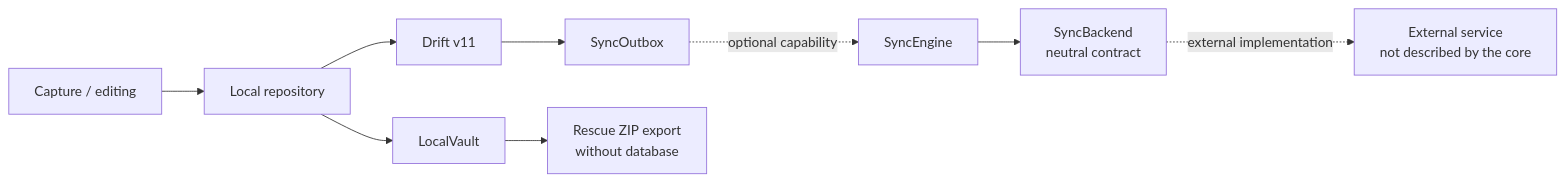
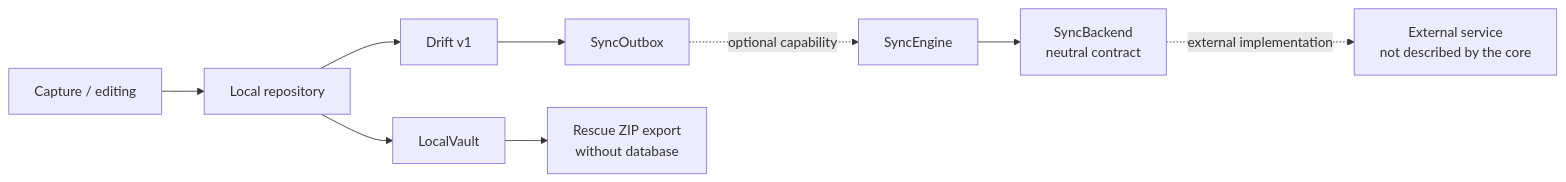
Before and after one commit to KooliFab/artkiddo: the first of 3 diagrams in docs/architecture/data-flows.md, drawn with Mermaid. The commit also changed other lines of this file and 80 other files, not shown here.

First line of the commit message:
refactor(core)!: adopt family/artwork names and reset local schema

````diff
--- a/docs/architecture/data-flows.md
+++ b/docs/architecture/data-flows.md
@@ -5,11 +5,11 @@
 ```mermaid
 flowchart LR
   Capture["Capture / editing"] --> Local["Local repository"]
-  Local --> SQLite["Drift v11"]
+  Local --> SQLite["Drift v1"]
   Local --> Files["LocalVault"]
   SQLite --> Outbox["SyncOutbox"]
   Outbox -. "optional capability" .-> Sync["SyncEngine"]
   Sync --> Contract["SyncBackend\nneutral contract"]
   Contract -. "external implementation" .-> External["External service\nnot described by the core"]
   Files --> Rescue["Rescue ZIP export\nwithout database"]
 ```
````
